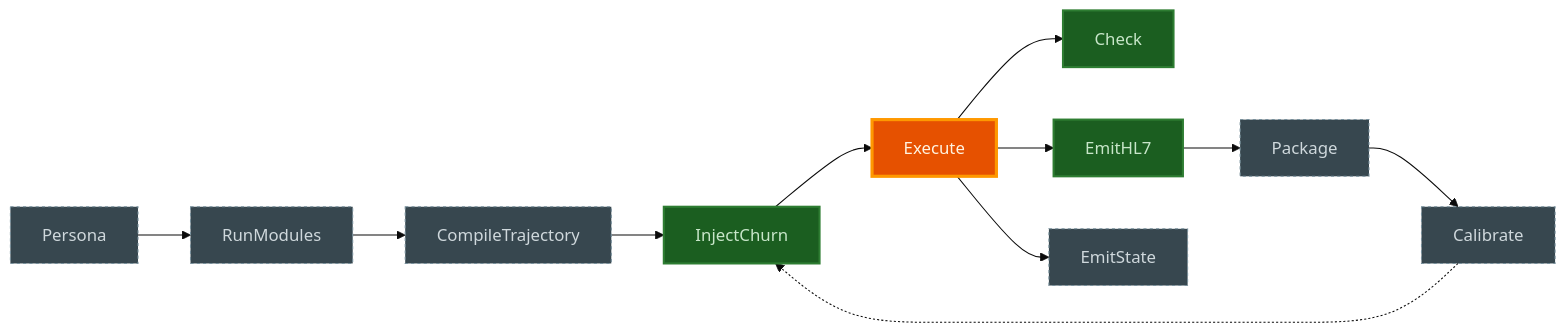
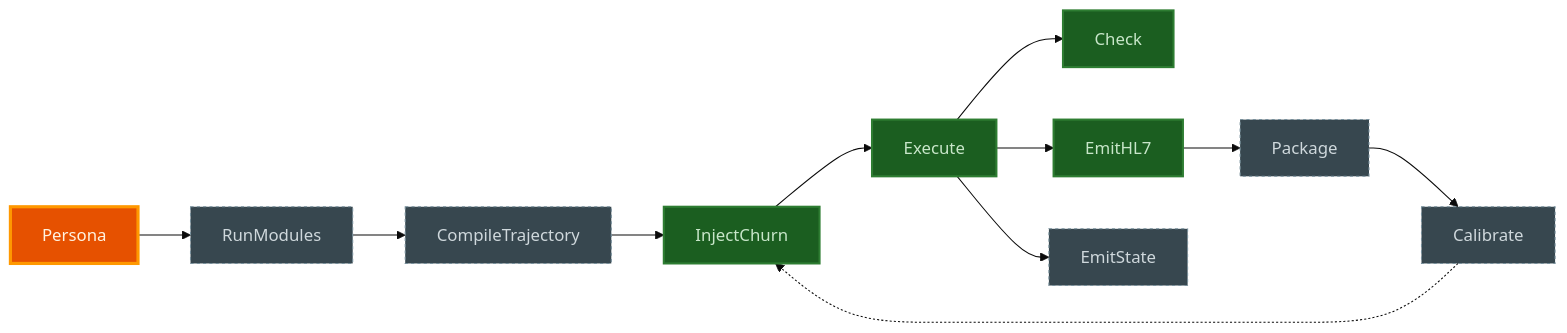
One commit to pragsmike/ehr-testing-tools changed the diagram in README.md. Above: the diagram before and after it, drawn with Mermaid (base theme). The commit also changed other lines of this file and 19 other files, not shown here.

````diff
--- a/README.md
+++ b/README.md
@@ -29,25 +33,25 @@
 ```mermaid
 flowchart LR
-    Persona["Persona"]:::planned
+    Persona["Persona"]:::next
     RunModules["RunModules"]:::planned
     CompileTrajectory["CompileTrajectory"]:::planned
     InjectChurn["InjectChurn"]:::built
-    Execute["Execute"]:::next
+    Execute["Execute"]:::built
     Check["Check"]:::built
     EmitHL7["EmitHL7"]:::built
     EmitState["EmitState"]:::planned
     Package["Package"]:::planned
     Calibrate["Calibrate"]:::planned
 
     Persona --> RunModules --> CompileTrajectory --> InjectChurn --> Execute
     Execute --> Check
     Execute --> EmitHL7
     Execute --> EmitState
     EmitHL7 --> Package
     Package --> Calibrate
     Calibrate -.-> InjectChurn
 
     classDef built fill:#1b5e20,stroke:#2e7d32,color:#c8e6c9,stroke-width:2px;
     classDef next fill:#e65100,stroke:#ff9800,color:#fff3e0,stroke-width:3px;
     classDef planned fill:#37474f,stroke:#78909c,color:#cfd8dc,stroke-width:1px,stroke-dasharray: 3 3;
 ```
````
